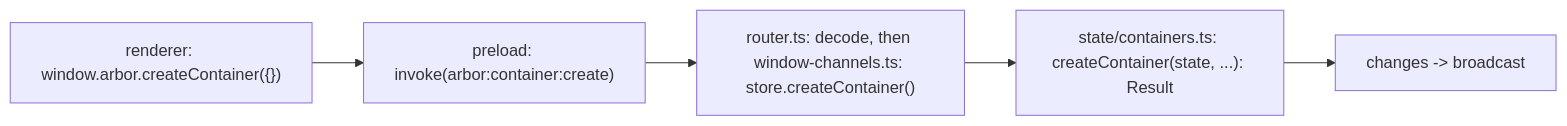
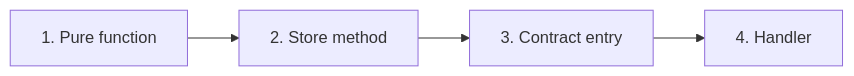
One commit to rom100main/arbor changed the fifth of 5 diagrams in docs/architecture/03-store.md. Above: the diagram before and after it, drawn with Mermaid. The commit also changed other lines of this file and 6 other files, not shown here.

````diff
--- a/docs/architecture/03-store.md
+++ b/docs/architecture/03-store.md
@@ -88,7 +64,6 @@
 ```mermaid
 flowchart LR
-    Ren["renderer: window.arbor.createContainer({})"] --> Pre["preload: invoke(arbor:container:create)"]
-    Pre --> Han["router.ts: decode, then window-channels.ts: store.createContainer()"]
-    Han --> Pure["state/containers.ts: createContainer(state, ...): Result"]
-    Pure --> Commit["changes -> broadcast"]
+    A["1. Pure function"] --> B["2. Store method"]
+    B --> C["3. Contract entry"]
+    C --> D["4. Handler"]
 ```
````
